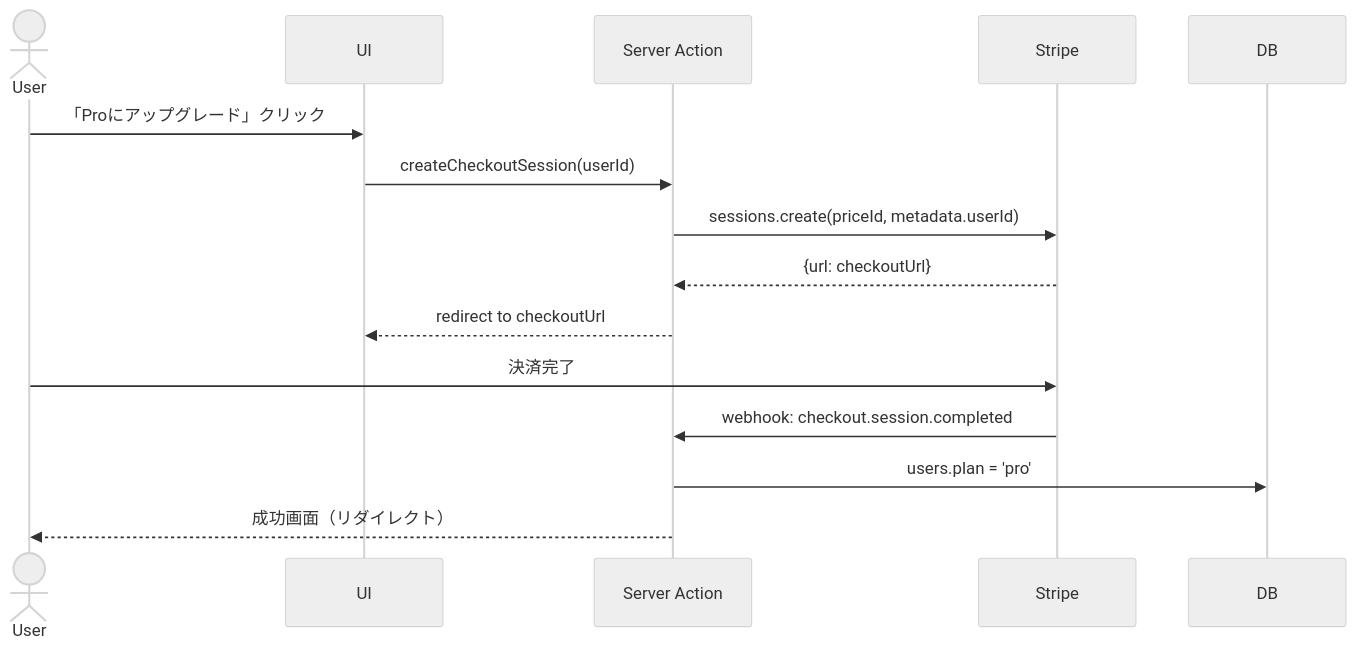
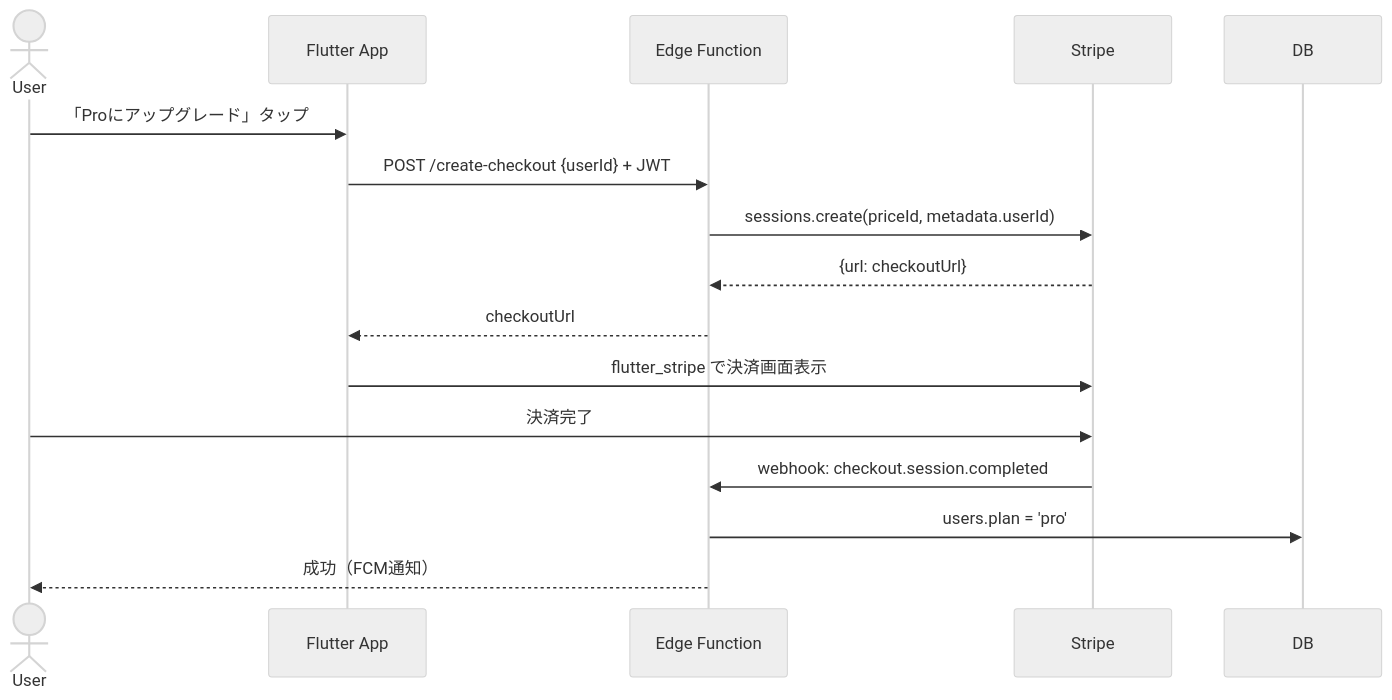
Before and after one commit to mine2424/rizzlang: the fourth of 4 diagrams in .kiro/specs/rizzlang-mvp/design.md, drawn with Mermaid (neutral theme). The commit also changed other lines of this file and 2 other files, not shown here.

First line of the commit message:
docs: kiro spec を Flutter アーキテクチャに全面更新

````diff
--- a/.kiro/specs/rizzlang-mvp/design.md
+++ b/.kiro/specs/rizzlang-mvp/design.md
@@ -132,18 +141,19 @@
 ```mermaid
 sequenceDiagram
     actor User
-    participant UI
-    participant SA as Server Action
+    participant UI as Flutter App
+    participant EF as Edge Function
     participant Stripe
     participant DB
 
-    User->>UI: 「Proにアップグレード」クリック
-    UI->>SA: createCheckoutSession(userId)
-    SA->>Stripe: sessions.create(priceId, metadata.userId)
-    Stripe-->>SA: {url: checkoutUrl}
-    SA-->>UI: redirect to checkoutUrl
+    User->>UI: 「Proにアップグレード」タップ
+    UI->>EF: POST /create-checkout {userId} + JWT
+    EF->>Stripe: sessions.create(priceId, metadata.userId)
+    Stripe-->>EF: {url: checkoutUrl}
+    EF-->>UI: checkoutUrl
+    UI->>Stripe: flutter_stripe で決済画面表示
     User->>Stripe: 決済完了
-    Stripe->>SA: webhook: checkout.session.completed
-    SA->>DB: users.plan = 'pro'
-    SA-->>User: 成功画面（リダイレクト）
+    Stripe->>EF: webhook: checkout.session.completed
+    EF->>DB: users.plan = 'pro'
+    EF-->>User: 成功（FCM通知）
 ```
````
